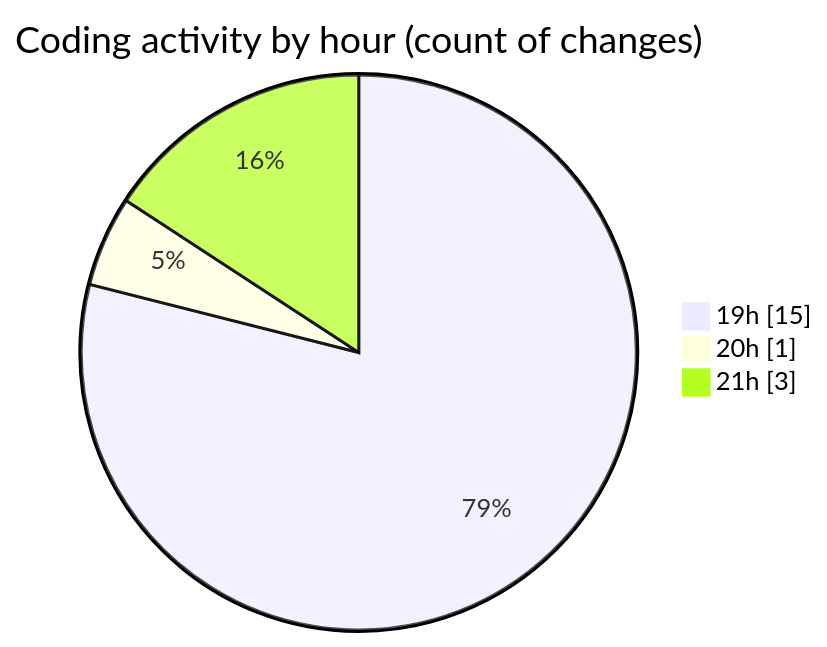
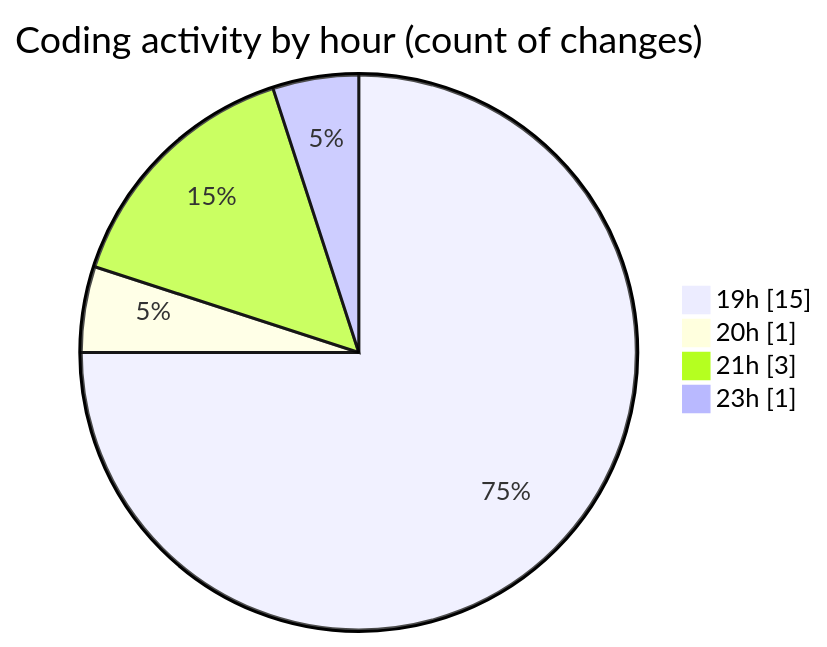
Before and after one commit to JenPaints/code-tracking: the second of 2 diagrams in 2025-06-20/archive/README.md, drawn with Mermaid. The commit also changed other lines of this file and 1 other file, not shown here.

````diff
--- a/2025-06-20/archive/README.md
+++ b/2025-06-20/archive/README.md
@@ -44,7 +45,8 @@
 ```mermaid
 pie showData
 title Coding activity by hour (count of changes)
 "19h" : 15
 "20h" : 1
 "21h" : 3
+"23h" : 1
 ```
````
